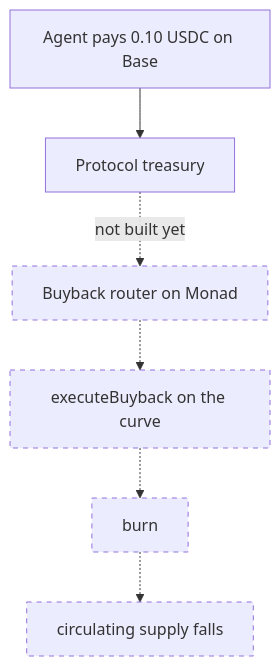
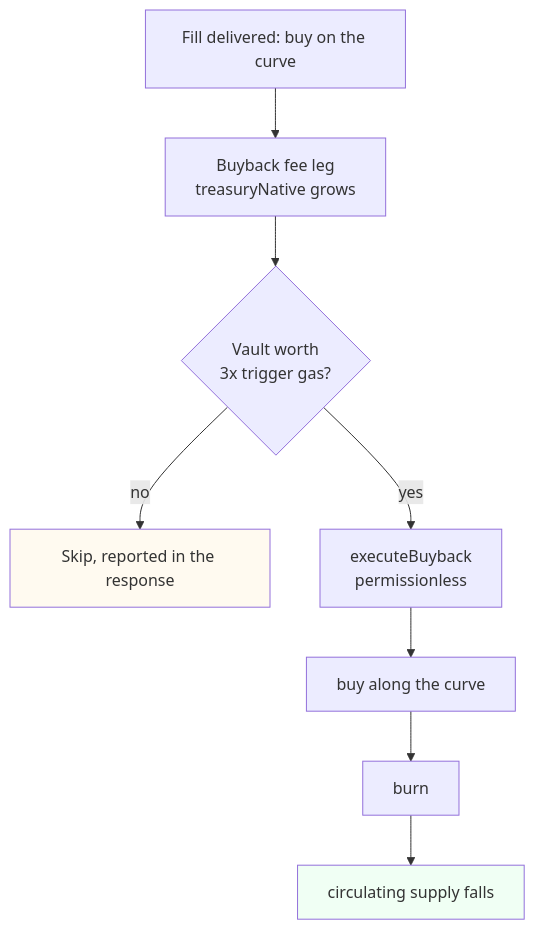
The fifth of 6 diagrams in README.md (0xcuy/adexto-monad), drawn with Mermaid before and after one commit. The commit also changed other lines of this file, not shown here.

````diff
--- a/README.md
+++ b/README.md
@@ -349,13 +349,13 @@
 ```mermaid
 flowchart TD
-    A["Agent pays 0.10 USDC on Base"] --> B["Protocol treasury"]
-    B -.->|"not built yet"| C["Buyback router on Monad"]
-    C -.-> D["executeBuyback on the curve"]
-    D -.-> E["burn"]
-    E -.-> F["circulating supply falls"]
+    A["Fill delivered: buy on the curve"] --> B["Buyback fee leg<br/>treasuryNative grows"]
+    B --> C{"Vault worth<br/>3x trigger gas?"}
+    C -->|"no"| D["Skip, reported in the response"]
+    C -->|"yes"| E["executeBuyback<br/>permissionless"]
+    E --> F["buy along the curve"]
+    F --> G["burn"]
+    G --> H["circulating supply falls"]
 
-    style C stroke-dasharray: 5 5
-    style D stroke-dasharray: 5 5
-    style E stroke-dasharray: 5 5
-    style F stroke-dasharray: 5 5
+    style D fill:#fffaf0
+    style H fill:#f0fff4
 ```
````
